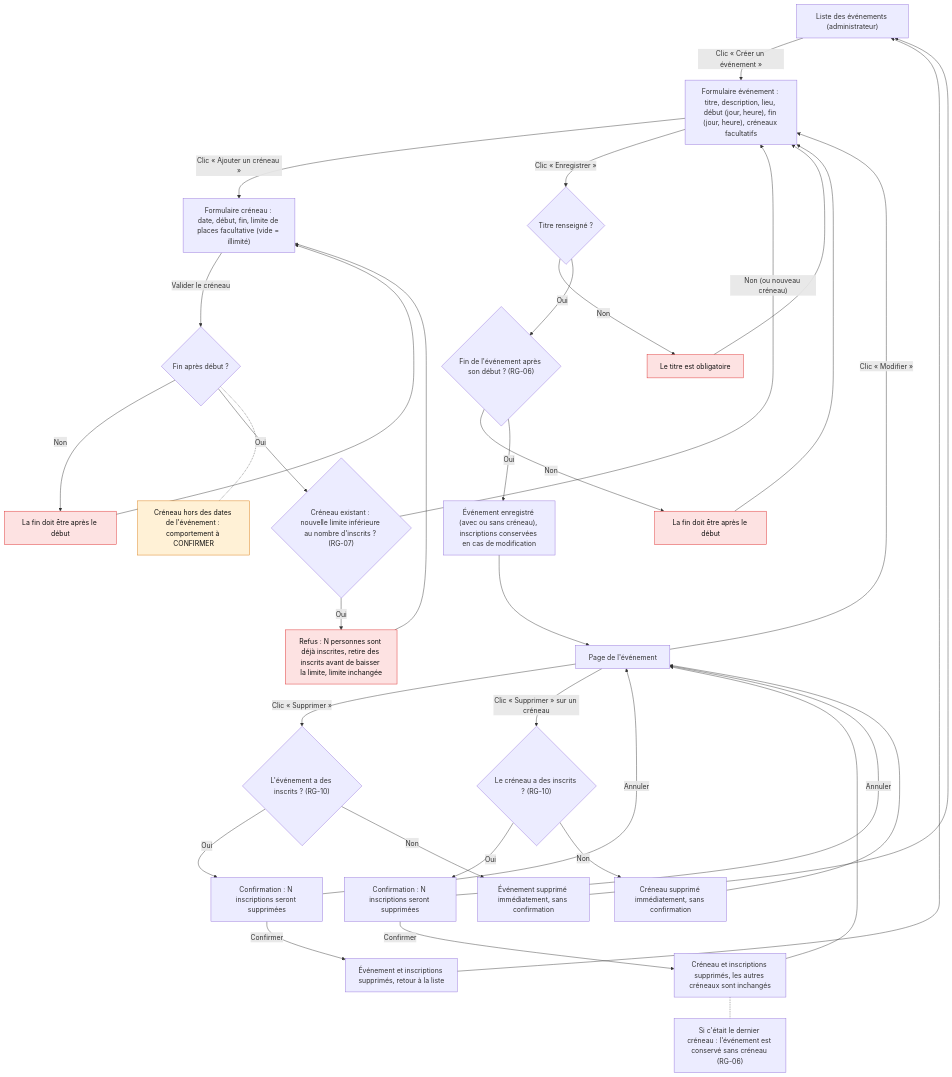
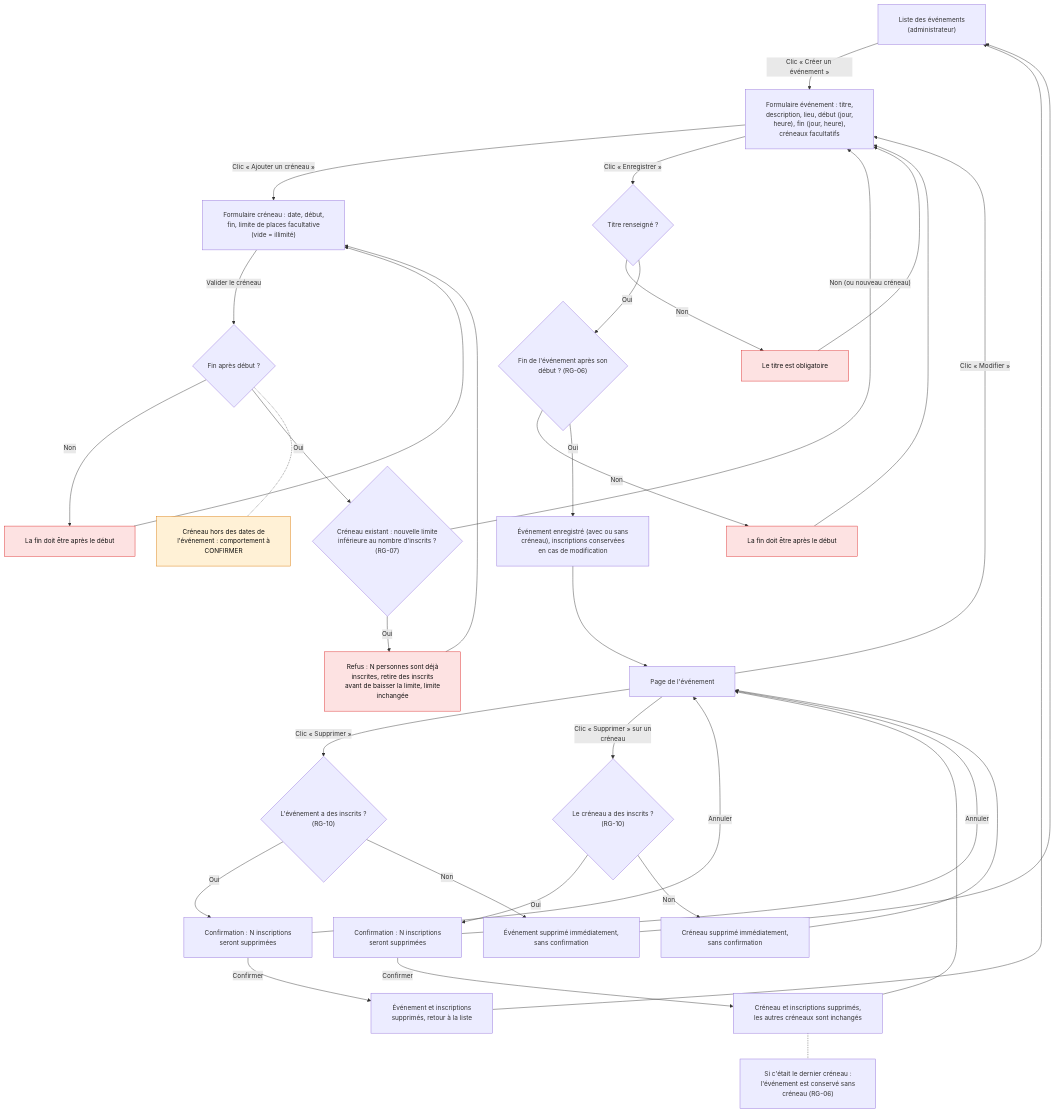
One commit to nathanjouannon/Creno changed the diagram in docs/flows/05-admin-evenements-creneaux.mmd. Above: the diagram before and after it, drawn with Mermaid. The commit also changed 9 other files, not shown here.

```diff
--- a/docs/flows/05-admin-evenements-creneaux.mmd
+++ b/docs/flows/05-admin-evenements-creneaux.mmd
@@ -1,45 +1,46 @@
+%%{init: {"flowchart": {"htmlLabels": true, "wrappingWidth": 360, "padding": 24, "nodeSpacing": 50, "rankSpacing": 60, "curve": "basis"}, "themeVariables": {"fontSize": "15px"}}}%%
 %% Administrateur : créer, modifier, supprimer un événement et ses créneaux (F-04, F-05, RG-06, RG-07, RG-10)
 %% Légende : rectangle = écran, stade = action, losange = décision, rouge = erreur / refus, orange = à confirmer
 flowchart TD
     classDef error fill:#fde2e2,stroke:#dc2626,color:#111
     classDef todo fill:#fff1d6,stroke:#d97706,color:#111
 
-    L["Liste des événements (administrateur)"] -->|"Clic « Créer un événement »"| F
-    EV["Page de l'événement"] -->|"Clic « Modifier »"| F
-    EV -->|"Clic « Supprimer »"| D1
+    L["Liste des événements<br/>(administrateur)"] -->|"Clic « Créer un événement »"| F
+    EV["Page de l'événement"] -->|"Clic « Modifier »"| F
+    EV -->|"Clic « Supprimer »"| D1
 
-    F["Formulaire événement : titre, description, lieu, début (jour, heure), fin (jour, heure), créneaux facultatifs"] -->|"Clic « Ajouter un créneau »"| C
-    C["Formulaire créneau : date, début, fin, limite de places facultative (vide = illimité)"] -->|"Valider le créneau"| CV{"Fin après début ?"}
+    F["Formulaire événement : titre,<br/>description, lieu, début (jour,<br/>heure), fin (jour, heure),<br/>créneaux facultatifs"] -->|"Clic « Ajouter un créneau »"| C
+    C["Formulaire créneau : date, début,<br/>fin, limite de places facultative<br/>(vide = illimité)"] -->|"Valider le créneau"| CV{"Fin après début ?"}
     CV -->|"Non"| CE["La fin doit être après le début"]:::error
     CE --> C
-    CV -->|"Oui"| LIM{"Créneau existant : nouvelle limite inférieure au nombre d'inscrits ? (RG-07)"}
-    LIM -->|"Oui"| LE["Refus : N personnes sont déjà inscrites, retire des inscrits avant de baisser la limite, limite inchangée"]:::error
+    CV -->|"Oui"| LIM{"Créneau existant : nouvelle limite<br/>inférieure au nombre d'inscrits ?<br/>(RG-07)"}
+    LIM -->|"Oui"| LE["Refus : N personnes sont déjà<br/>inscrites, retire des inscrits<br/>avant de baisser la limite, limite<br/>inchangée"]:::error
     LE --> C
     LIM -->|"Non (ou nouveau créneau)"| F
-    CV -.- CD["Créneau hors des dates de l'événement : comportement à CONFIRMER"]:::todo
+    CV -.- CD["Créneau hors des dates de<br/>l'événement : comportement à<br/>CONFIRMER"]:::todo
 
-    F -->|"Clic « Enregistrer »"| V{"Titre renseigné ?"}
+    F -->|"Clic « Enregistrer »"| V{"Titre renseigné ?"}
     V -->|"Non"| VE1["Le titre est obligatoire"]:::error
     VE1 --> F
-    V -->|"Oui"| V2{"Fin de l'événement après son début ? (RG-06)"}
+    V -->|"Oui"| V2{"Fin de l'événement après son<br/>début ? (RG-06)"}
     V2 -->|"Non"| VE2["La fin doit être après le début"]:::error
     VE2 --> F
-    V2 -->|"Oui"| OK["Événement enregistré (avec ou sans créneau), inscriptions conservées en cas de modification"]
+    V2 -->|"Oui"| OK["Événement enregistré (avec ou sans<br/>créneau), inscriptions conservées<br/>en cas de modification"]
     OK --> EV
 
-    D1{"L'événement a des inscrits ? (RG-10)"}
-    D1 -->|"Oui"| D2["Confirmation : N inscriptions seront supprimées"]
-    D2 -->|"Confirmer"| D3["Événement et inscriptions supprimés, retour à la liste"]
+    D1{"L'événement a des inscrits ?<br/>(RG-10)"}
+    D1 -->|"Oui"| D2["Confirmation : N inscriptions<br/>seront supprimées"]
+    D2 -->|"Confirmer"| D3["Événement et inscriptions<br/>supprimés, retour à la liste"]
     D3 --> L
     D2 -->|"Annuler"| EV
-    D1 -->|"Non"| D4["Événement supprimé immédiatement, sans confirmation"]
+    D1 -->|"Non"| D4["Événement supprimé immédiatement,<br/>sans confirmation"]
     D4 --> L
 
-    EV -->|"Clic « Supprimer » sur un créneau"| K1{"Le créneau a des inscrits ? (RG-10)"}
-    K1 -->|"Oui"| K2["Confirmation : N inscriptions seront supprimées"]
-    K2 -->|"Confirmer"| K3["Créneau et inscriptions supprimés, les autres créneaux sont inchangés"]
+    EV -->|"Clic « Supprimer » sur un<br/>créneau"| K1{"Le créneau a des inscrits ?<br/>(RG-10)"}
+    K1 -->|"Oui"| K2["Confirmation : N inscriptions<br/>seront supprimées"]
+    K2 -->|"Confirmer"| K3["Créneau et inscriptions supprimés,<br/>les autres créneaux sont inchangés"]
     K3 --> EV
     K2 -->|"Annuler"| EV
-    K1 -->|"Non"| K4["Créneau supprimé immédiatement, sans confirmation"]
+    K1 -->|"Non"| K4["Créneau supprimé immédiatement,<br/>sans confirmation"]
     K4 --> EV
-    K3 -.- K5["Si c'était le dernier créneau : l'événement est conservé sans créneau (RG-06)"]
+    K3 -.- K5["Si c'était le dernier créneau :<br/>l'événement est conservé sans<br/>créneau (RG-06)"]
```
